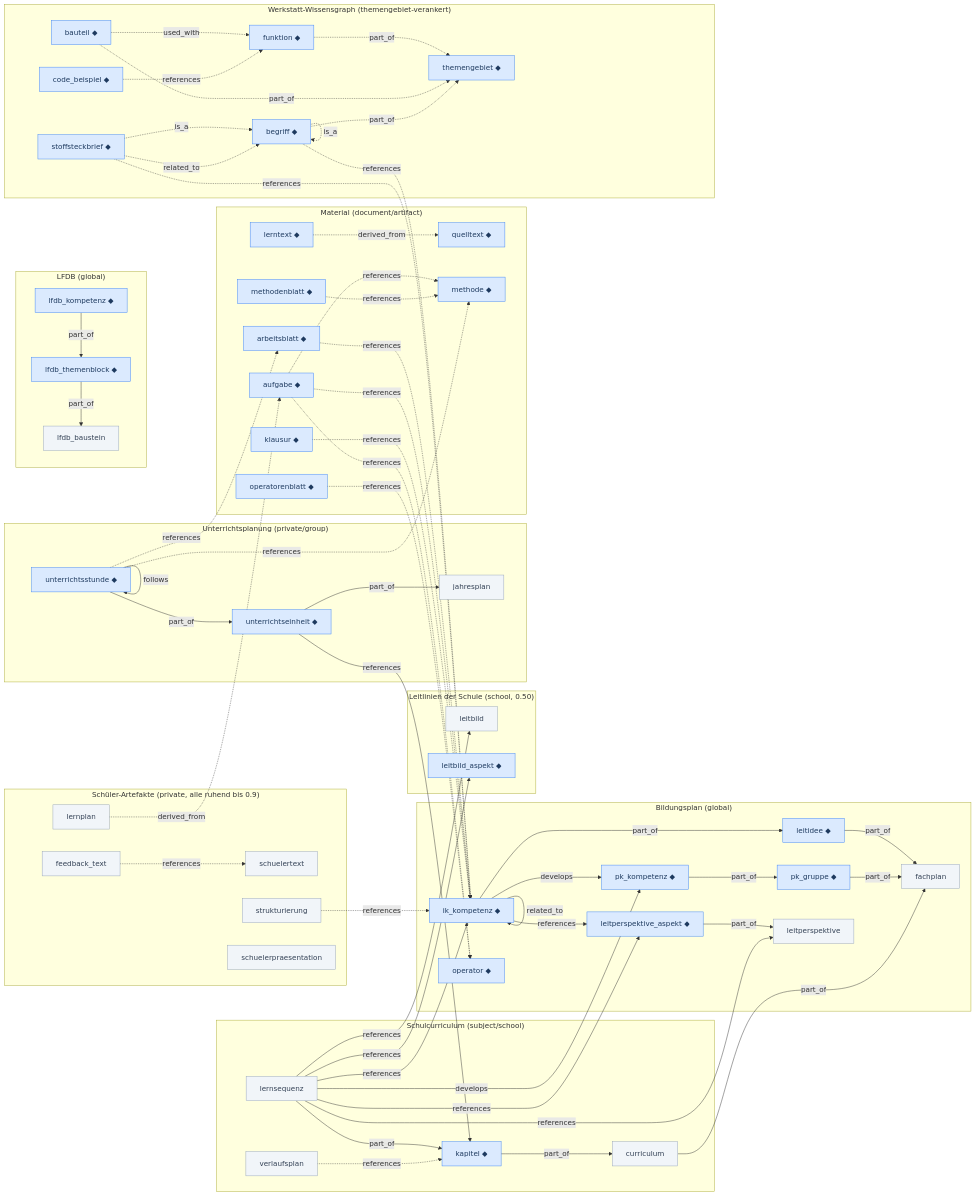
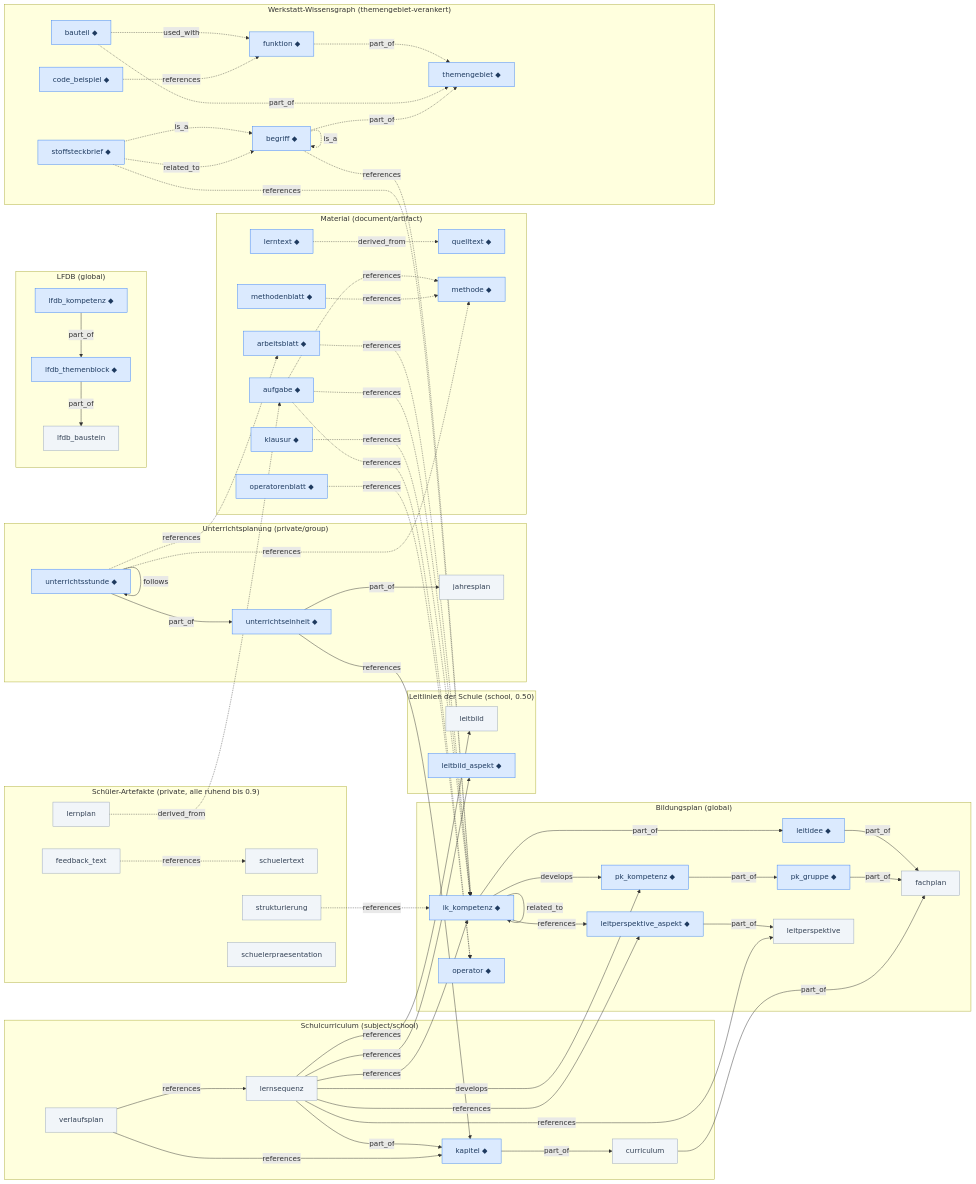
Before and after one commit to jckoester/GGD-KI-Plattform: the diagram in docs/dev/neuer-knotentyp.md, drawn with Mermaid. The commit also changed 13 other files, not shown here.

```diff
--- a/docs/dev/neuer-knotentyp.md
+++ b/docs/dev/neuer-knotentyp.md
@@ -558,8 +558,10 @@
   lernsequenz -->|references| lpa
   lernsequenz -->|references| lb
   lernsequenz -->|references| lba
-  %% Jahresverlaufsplan (BD, 0.59): Abschnitte nennen Kapitel; Erzeuger folgt mit den Endpunkten
-  verlaufsplan -.->|references| kapitel
+  %% Jahresverlaufsplan (BD, 0.59): je nach Planungsart auf Lernsequenzen oder Kapitel
+  %% (verlaufsplan.bezugskanten_abgleichen, docs/dev/jahresverlaufsplan.md)
+  verlaufsplan -->|references| lernsequenz
+  verlaufsplan -->|references| kapitel
 
   %% Unterrichtsplanung (planning/service.py, router.py, assistant_tools.py)
   ue -->|part_of| jahresplan
```
